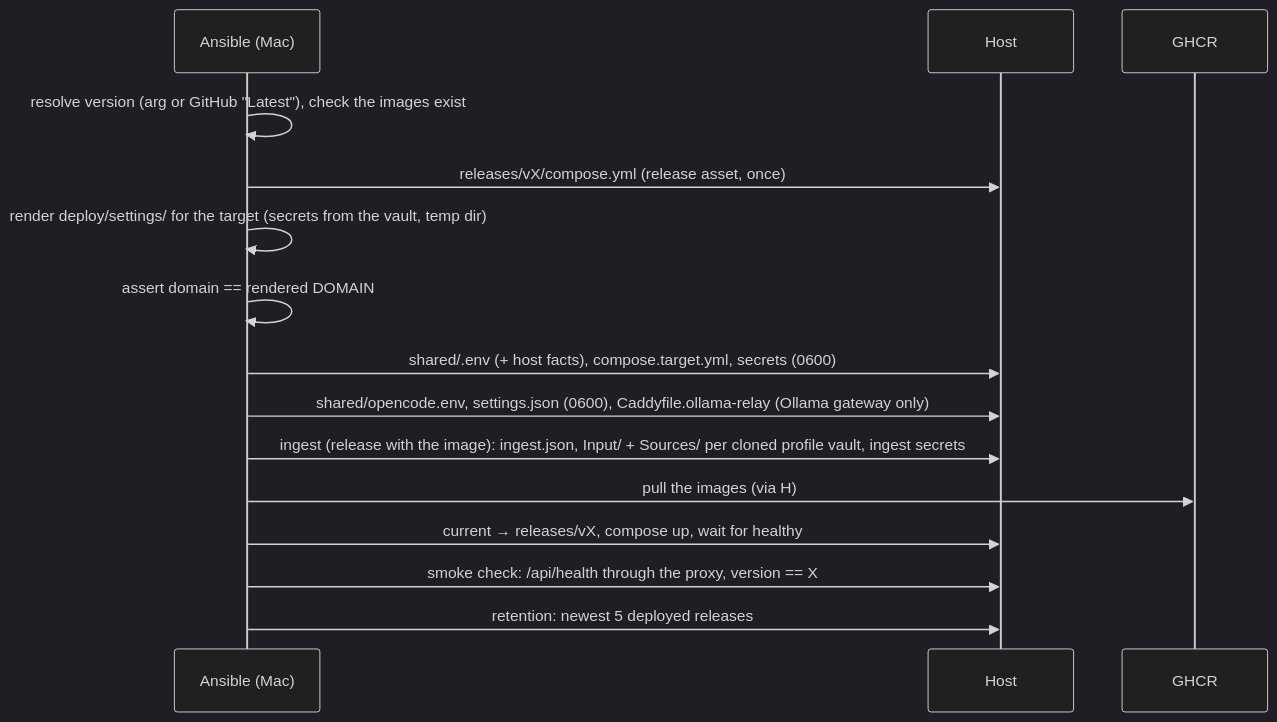
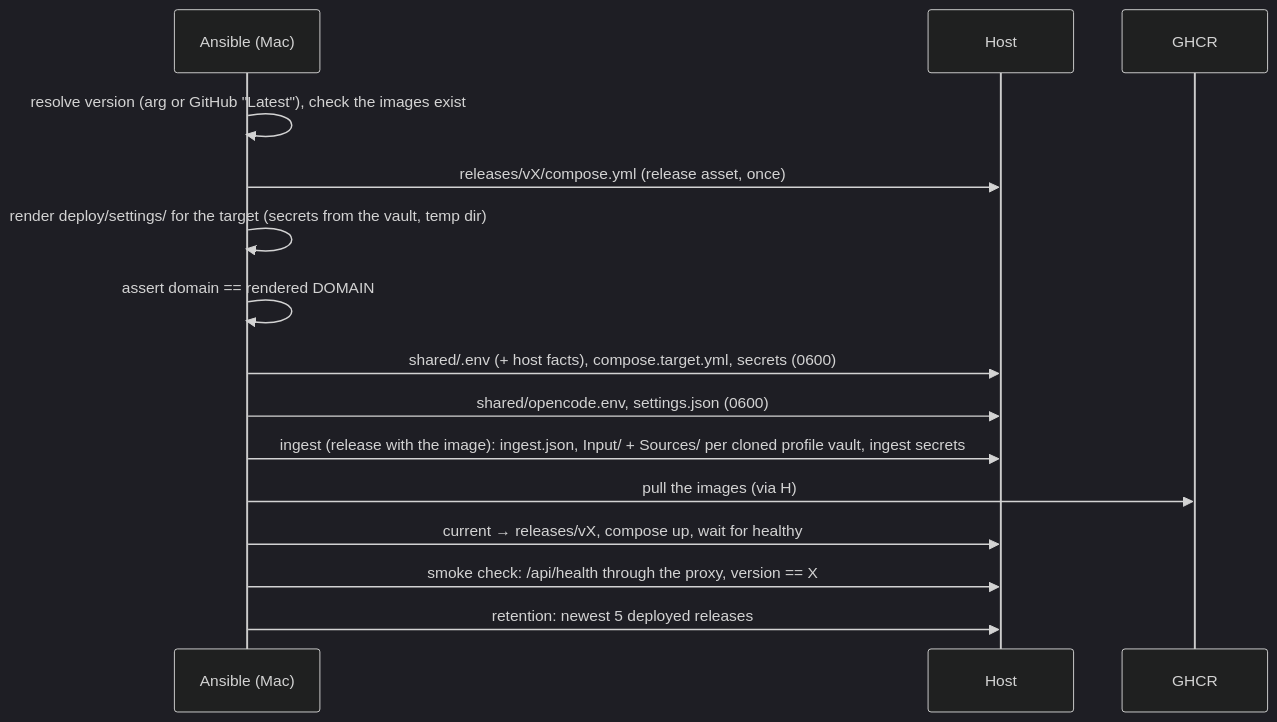
One commit to tillg/karpathy.app changed the second of 6 diagrams in specs/system/deployment.md. Above: the diagram before and after it, drawn with Mermaid (dark theme). The commit also changed other lines of this file and 64 other files, not shown here.

````diff
--- a/specs/system/deployment.md
+++ b/specs/system/deployment.md
@@ -152,17 +152,17 @@
 ```mermaid
 sequenceDiagram
   participant A as Ansible (Mac)
   participant H as Host
   participant R as GHCR
   A->>A: resolve version (arg or GitHub "Latest"), check the images exist
   A->>H: releases/vX/compose.yml (release asset, once)
   A->>A: render deploy/settings/ for the target (secrets from the vault, temp dir)
   A->>A: assert domain == rendered DOMAIN
   A->>H: shared/.env (+ host facts), compose.target.yml, secrets (0600)
-  A->>H: shared/opencode.env, settings.json (0600), Caddyfile.ollama-relay (Ollama gateway only)
+  A->>H: shared/opencode.env, settings.json (0600)
   A->>H: ingest (release with the image): ingest.json, Input/ + Sources/ per cloned profile vault, ingest secrets
   A->>R: pull the images (via H)
   A->>H: current → releases/vX, compose up, wait for healthy
   A->>H: smoke check: /api/health through the proxy, version == X
   A->>H: retention: newest 5 deployed releases
 ```
````
